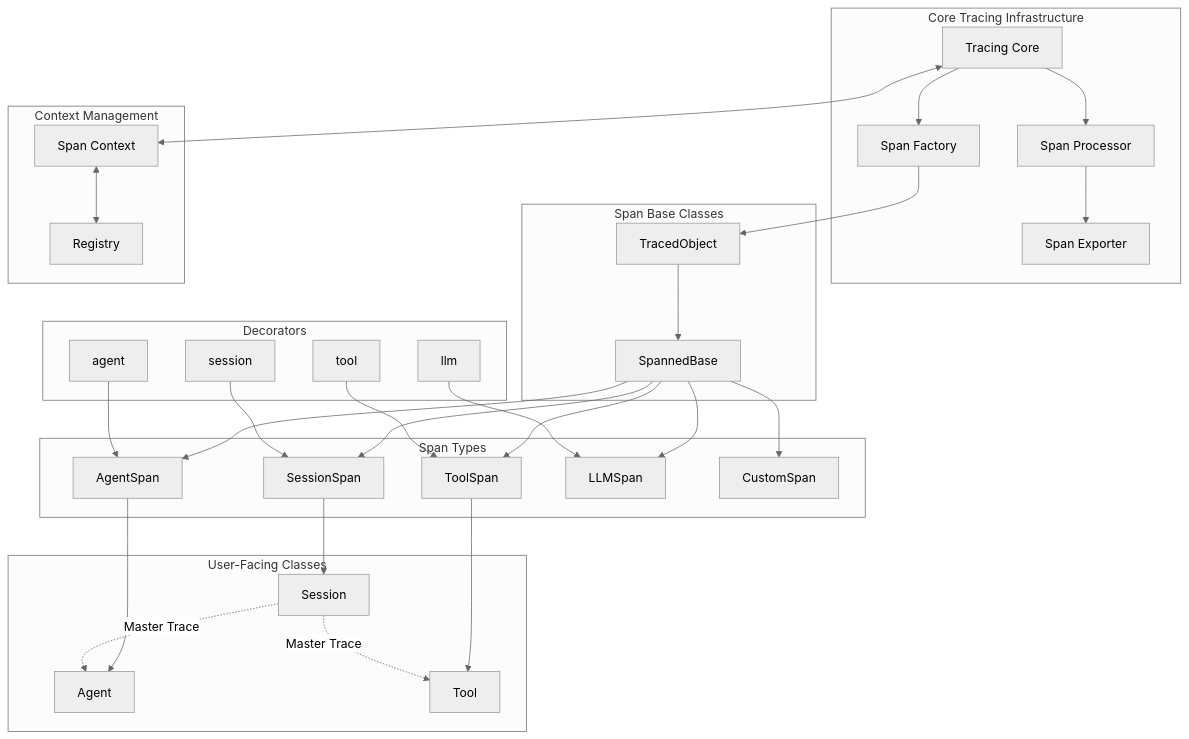
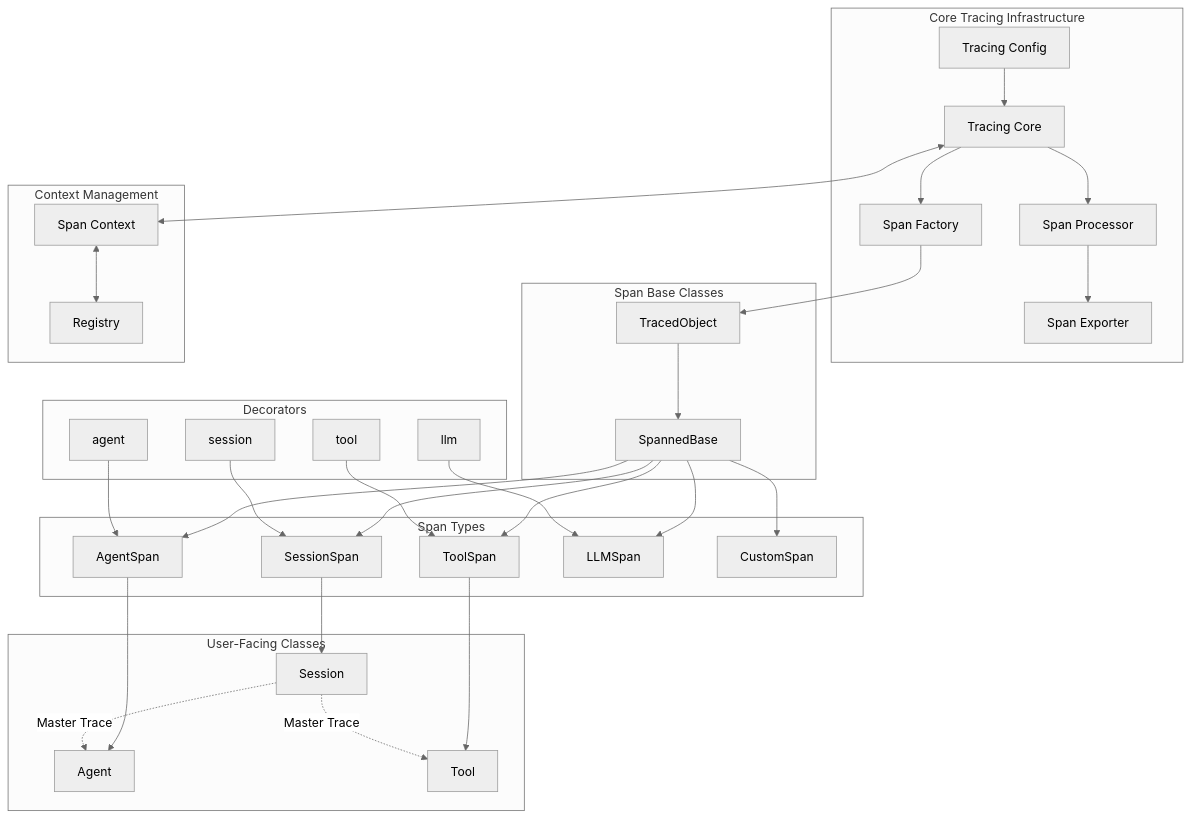
The diagram in agentops/sdk/README.md (AgentOps-AI/agentops), drawn with Mermaid (neutral theme) before and after one commit. The commit also changed other lines of this file and 3 other files, not shown here.

Commit message:
TracingConfig

```diff
--- a/agentops/sdk/README.md
+++ b/agentops/sdk/README.md
@@ -17,10 +18,12 @@
     %% Core Tracing Components
     subgraph "Core Tracing Infrastructure"
         TracingCore[Tracing Core]
+        TracingConfig[Tracing Config]
         SpanFactory[Span Factory]
         SpanProcessor[Span Processor]
         SpanExporter[Span Exporter]
         
+        TracingConfig --> TracingCore
         TracingCore --> SpanFactory
         TracingCore --> SpanProcessor
         SpanProcessor --> SpanExporter
```
